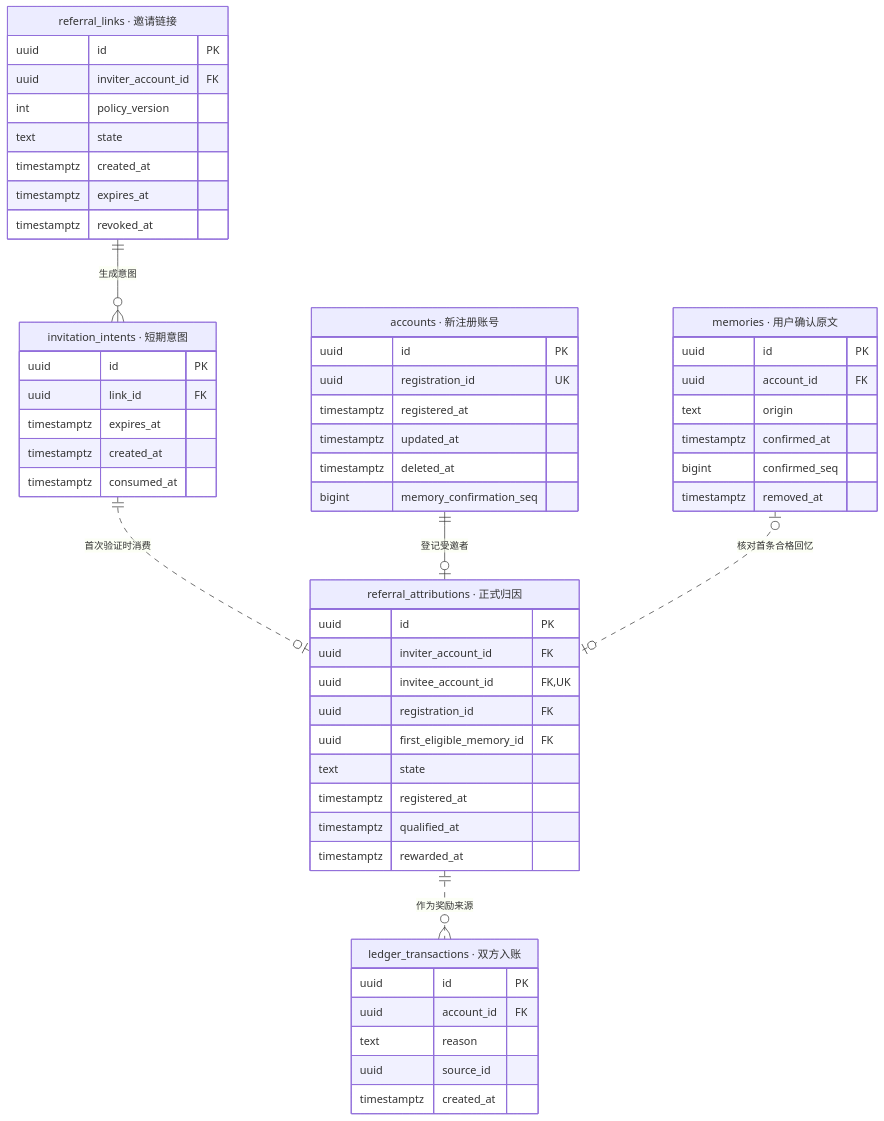
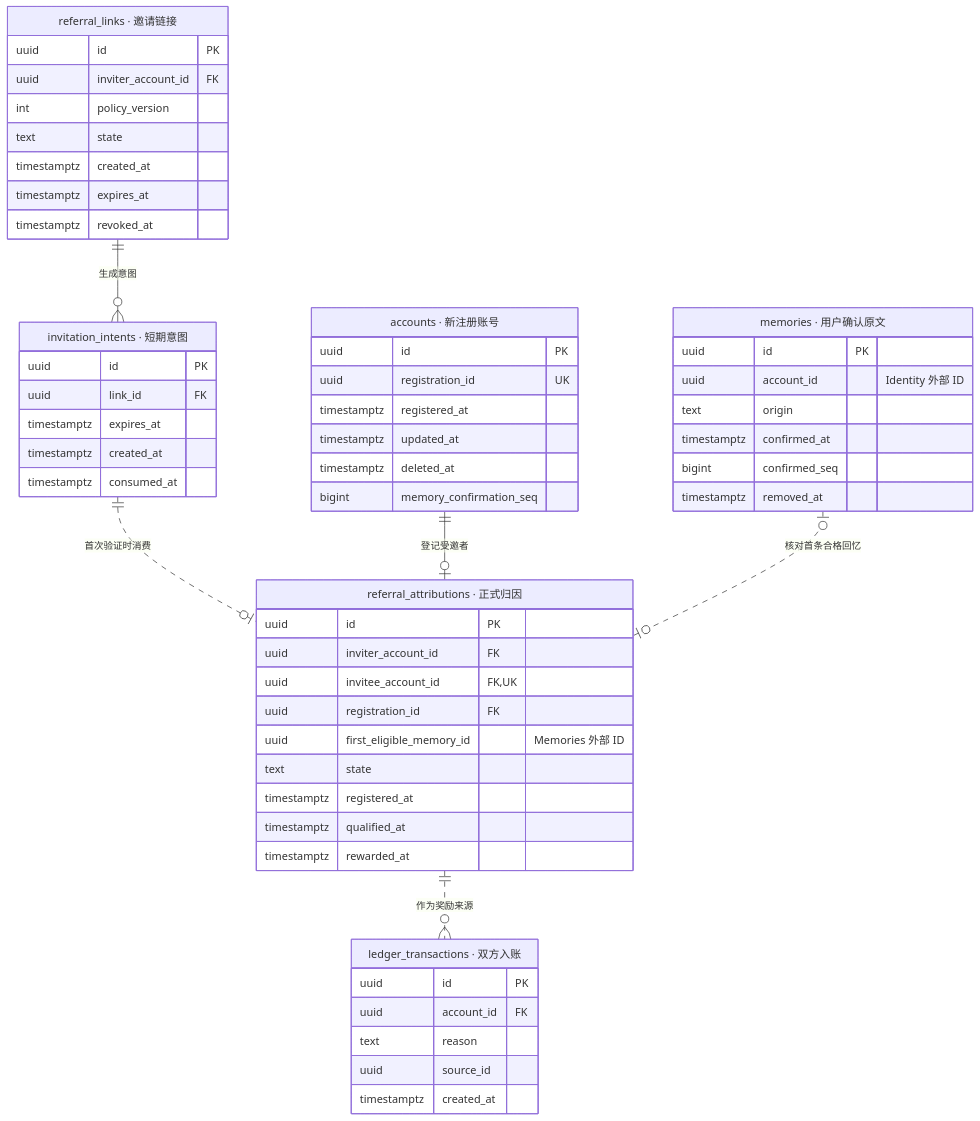
One commit to GeorgeLiuxy/xijie changed the fourth of 5 diagrams in docs/backend-review-data.md. Above: the diagram before and after it, drawn with Mermaid. The commit also changed other lines of this file and 746 other files, not shown here.

First line of the commit message:
Implement Xijie companion services, account flows and Android integration

```diff
--- a/docs/backend-review-data.md
+++ b/docs/backend-review-data.md
@@ -322,59 +393,59 @@
 ~~~mermaid
 erDiagram
     direction TB
     accounts["accounts · 新注册账号"] {
         uuid id PK
         uuid registration_id UK
         timestamptz registered_at
         timestamptz updated_at
         timestamptz deleted_at
         bigint memory_confirmation_seq
     }
     referralLinks["referral_links · 邀请链接"] {
         uuid id PK
         uuid inviter_account_id FK
         int policy_version
         text state
         timestamptz created_at
         timestamptz expires_at
         timestamptz revoked_at
     }
     invitationIntents["invitation_intents · 短期意图"] {
         uuid id PK
         uuid link_id FK
         timestamptz expires_at
         timestamptz created_at
         timestamptz consumed_at
     }
     referralAttributions["referral_attributions · 正式归因"] {
         uuid id PK
         uuid inviter_account_id FK
         uuid invitee_account_id FK, UK
         uuid registration_id FK
-        uuid first_eligible_memory_id FK
+        uuid first_eligible_memory_id "Memories 外部 ID"
         text state
         timestamptz registered_at
         timestamptz qualified_at
         timestamptz rewarded_at
     }
     memories["memories · 用户确认原文"] {
         uuid id PK
-        uuid account_id FK
+        uuid account_id "Identity 外部 ID"
         text origin
         timestamptz confirmed_at
         bigint confirmed_seq
         timestamptz removed_at
     }
     ledgerTransactions["ledger_transactions · 双方入账"] {
         uuid id PK
         uuid account_id FK
         text reason
         uuid source_id
         timestamptz created_at
     }
     referralLinks ||--o{ invitationIntents : "生成意图"
     invitationIntents ||..o| referralAttributions : "首次验证时消费"
     accounts ||--o| referralAttributions : "登记受邀者"
     memories o|..o| referralAttributions : "核对首条合格回忆"
     referralAttributions ||..o{ ledgerTransactions : "作为奖励来源"
 ~~~
```
